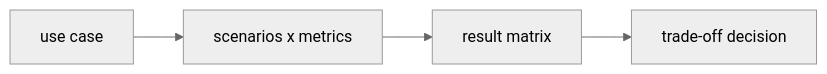
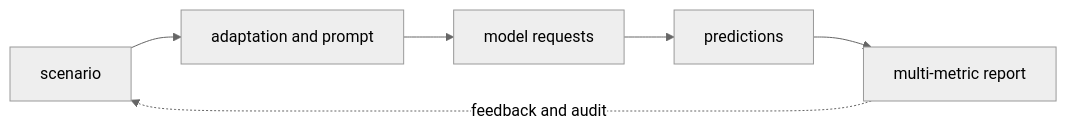
Before and after one commit to niyama-admin/learning-lab: the first of 2 diagrams in llm-learning-repository/tutorials/03-evaluation-and-code/13-helm.md, drawn with Mermaid (neutral theme). The commit also changed other lines of this file and 24 other files, not shown here.

````diff
--- a/llm-learning-repository/tutorials/03-evaluation-and-code/13-helm.md
+++ b/llm-learning-repository/tutorials/03-evaluation-and-code/13-helm.md
@@ -9,6 +22,8 @@
 ```mermaid
 flowchart LR
-  A["use case"] --> B["scenarios x metrics"]
-  B["scenarios x metrics"] --> C["result matrix"]
-  C["result matrix"] --> D["trade-off decision"]
+  A["scenario"] --> B["adaptation and prompt"]
+  B --> C["model requests"]
+  C --> D["predictions"]
+  D --> E["multi-metric report"]
+  E -. feedback and audit .-> A
 ```
````
